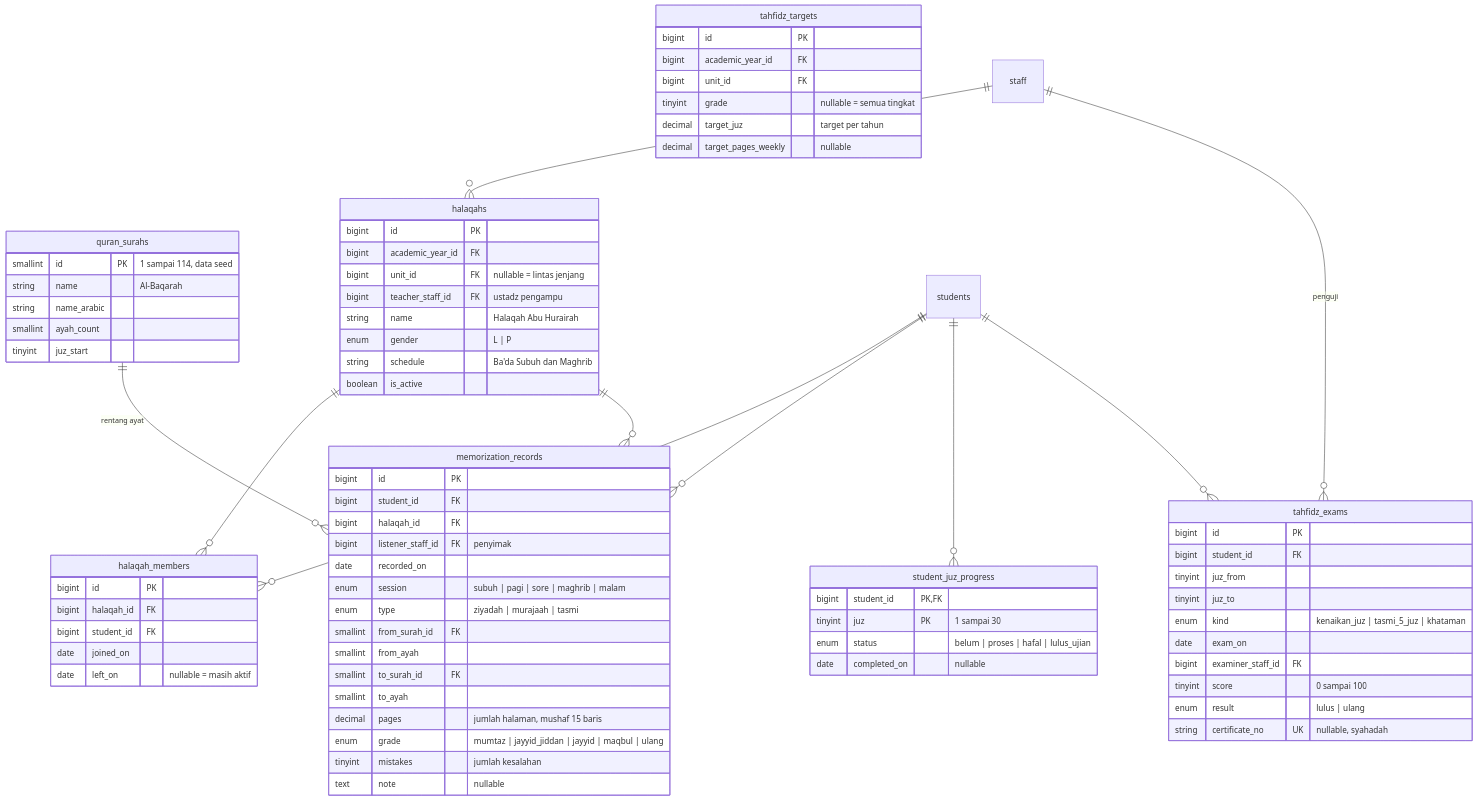
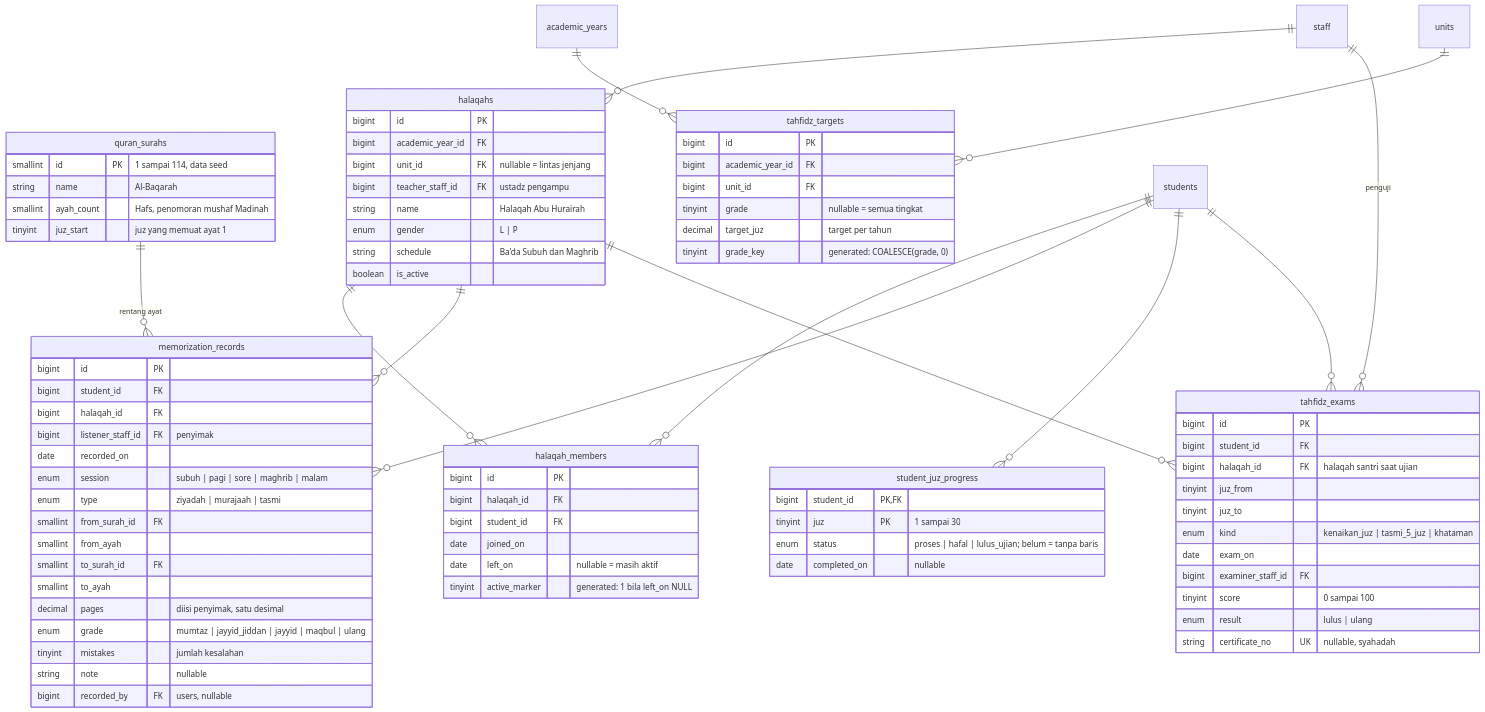
One commit to dankedev/pondok changed the fourth of 11 diagrams in docs/erd.md. Above: the diagram before and after it, drawn with Mermaid. The commit also changed other lines of this file and 16 other files, not shown here.

````diff
--- a/docs/erd.md
+++ b/docs/erd.md
@@ -228,9 +228,8 @@
   quran_surahs {
     smallint id PK "1 sampai 114, data seed"
     string name "Al-Baqarah"
-    string name_arabic
-    smallint ayah_count
-    tinyint juz_start
+    smallint ayah_count "Hafs, penomoran mushaf Madinah"
+    tinyint juz_start "juz yang memuat ayat 1"
   }
   halaqahs {
     bigint id PK
@@ -248,6 +247,7 @@
     bigint student_id FK
     date joined_on
     date left_on "nullable = masih aktif"
+    tinyint active_marker "generated: 1 bila left_on NULL"
   }
   memorization_records {
     bigint id PK
@@ -261,15 +261,16 @@
     smallint from_ayah
     smallint to_surah_id FK
     smallint to_ayah
-    decimal pages "jumlah halaman, mushaf 15 baris"
+    decimal pages "diisi penyimak, satu desimal"
     enum grade "mumtaz | jayyid_jiddan | jayyid | maqbul | ulang"
     tinyint mistakes "jumlah kesalahan"
-    text note "nullable"
+    string note "nullable"
+    bigint recorded_by FK "users, nullable"
   }
   student_juz_progress {
     bigint student_id PK,FK
     tinyint juz PK "1 sampai 30"
-    enum status "belum | proses | hafal | lulus_ujian"
+    enum status "proses | hafal | lulus_ujian; belum = tanpa baris"
     date completed_on "nullable"
   }
   tahfidz_targets {
@@ -278,11 +279,12 @@
     bigint unit_id FK
     tinyint grade "nullable = semua tingkat"
     decimal target_juz "target per tahun"
-    decimal target_pages_weekly "nullable"
+    tinyint grade_key "generated: COALESCE(grade, 0)"
   }
   tahfidz_exams {
     bigint id PK
     bigint student_id FK
+    bigint halaqah_id FK "halaqah santri saat ujian"
     tinyint juz_from
     tinyint juz_to
     enum kind "kenaikan_juz | tasmi_5_juz | khataman"
@@ -300,6 +302,9 @@
   quran_surahs ||--o{ memorization_records : "rentang ayat"
   students ||--o{ student_juz_progress : ""
   students ||--o{ tahfidz_exams : ""
+  halaqahs ||--o{ tahfidz_exams : ""
   staff ||--o{ tahfidz_exams : "penguji"
+  academic_years ||--o{ tahfidz_targets : ""
+  units ||--o{ tahfidz_targets : ""
   
 ```
````
